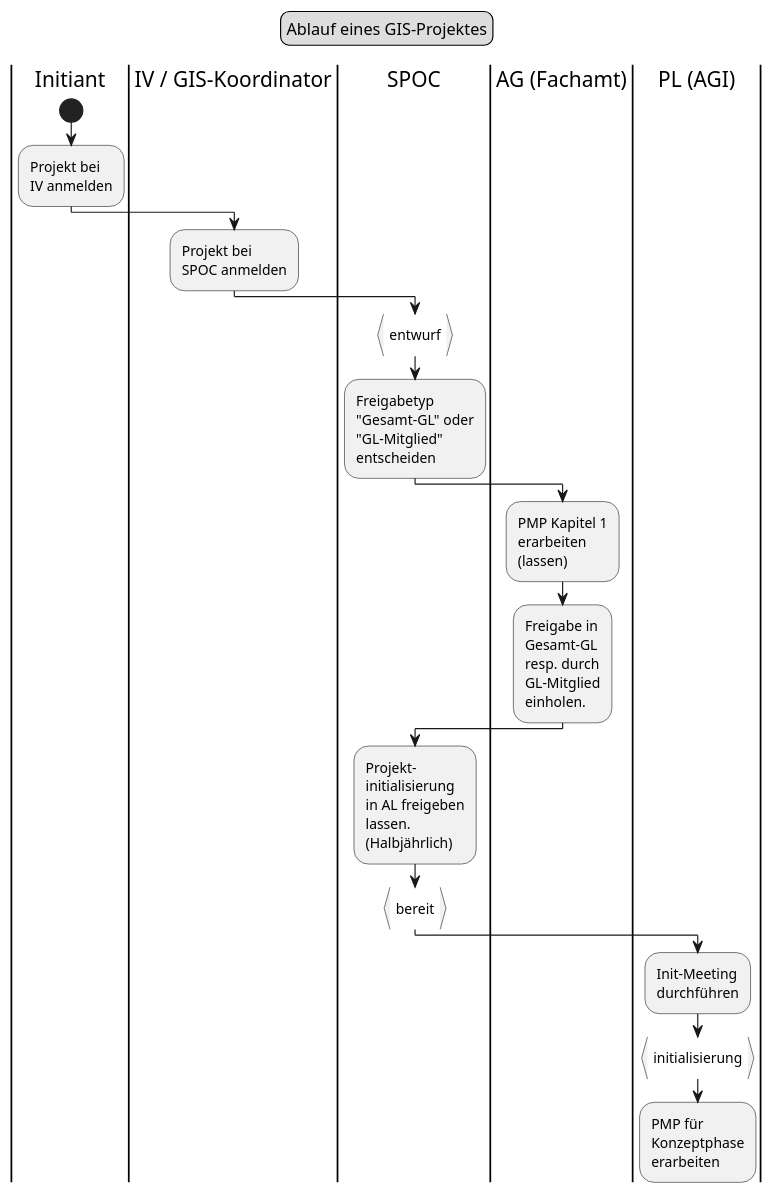
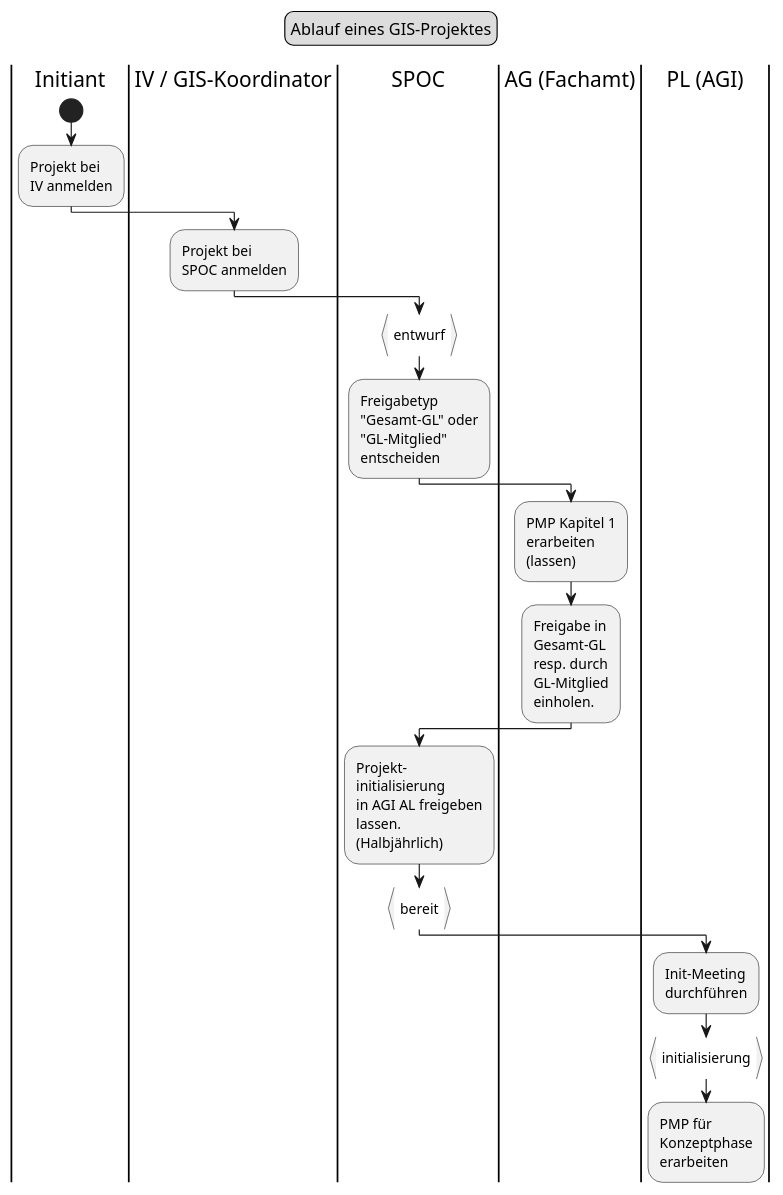
The diagram in puml/src/flow_gisprojekt_init.puml (ojeker/docktick), drawn with PlantUML before and after one commit. The commit also changed 1 other file, not shown here.

```diff
--- a/puml/src/flow_gisprojekt_init.puml
+++ b/puml/src/flow_gisprojekt_init.puml
@@ -1,45 +1,45 @@
 @startuml
 legend top
 	Ablauf eines GIS-Projektes
 end legend
 |Initiant|
 start
 :Projekt bei
 IV anmelden;
 |IV / GIS-Koordinator|
 :Projekt bei
 SPOC anmelden;
 |SPOC|
 :entwurf}
 
 :Freigabetyp
 "Gesamt-GL" oder
 "GL-Mitglied"
 entscheiden;
 
 |AG (Fachamt)|
 :PMP Kapitel 1
 erarbeiten
 (lassen);
 
 :Freigabe in
 Gesamt-GL
 resp. durch
 GL-Mitglied
 einholen.;
 
 |SPOC|
 :Projekt-
 initialisierung
-in AL freigeben
+in AGI AL freigeben
 lassen.
 (Halbjährlich);
 :bereit}
 |PL (AGI)|
 :Init-Meeting
 durchführen;
 :initialisierung}
 :PMP für
 Konzeptphase
 erarbeiten;
 @enduml
```
